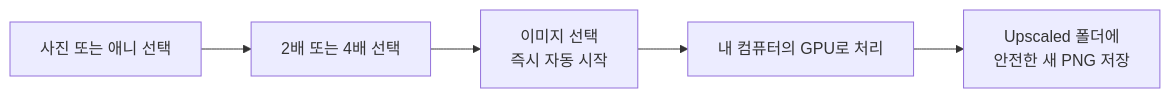
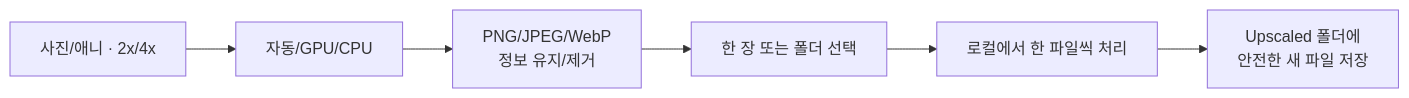
One commit to zooslab/zoos-upscale changed the first of 3 diagrams in README.md. Above: the diagram before and after it, drawn with Mermaid. The commit also changed other lines of this file and 2 other files, not shown here.

````diff
--- a/README.md
+++ b/README.md
@@ -36,7 +37,8 @@
 ```mermaid
 flowchart LR
-    A["사진 또는 애니 선택"] --> B["2배 또는 4배 선택"]
-    B --> C["이미지 선택<br/>즉시 자동 시작"]
-    C --> D["내 컴퓨터의 GPU로 처리"]
-    D --> E["Upscaled 폴더에<br/>안전한 새 PNG 저장"]
+    A["사진/애니 · 2x/4x"] --> B["자동/GPU/CPU"]
+    B --> C["PNG/JPEG/WebP<br/>정보 유지/제거"]
+    C --> D["한 장 또는 폴더 선택"]
+    D --> E["로컬에서 한 파일씩 처리"]
+    E --> F["Upscaled 폴더에<br/>안전한 새 파일 저장"]
 ```
````
